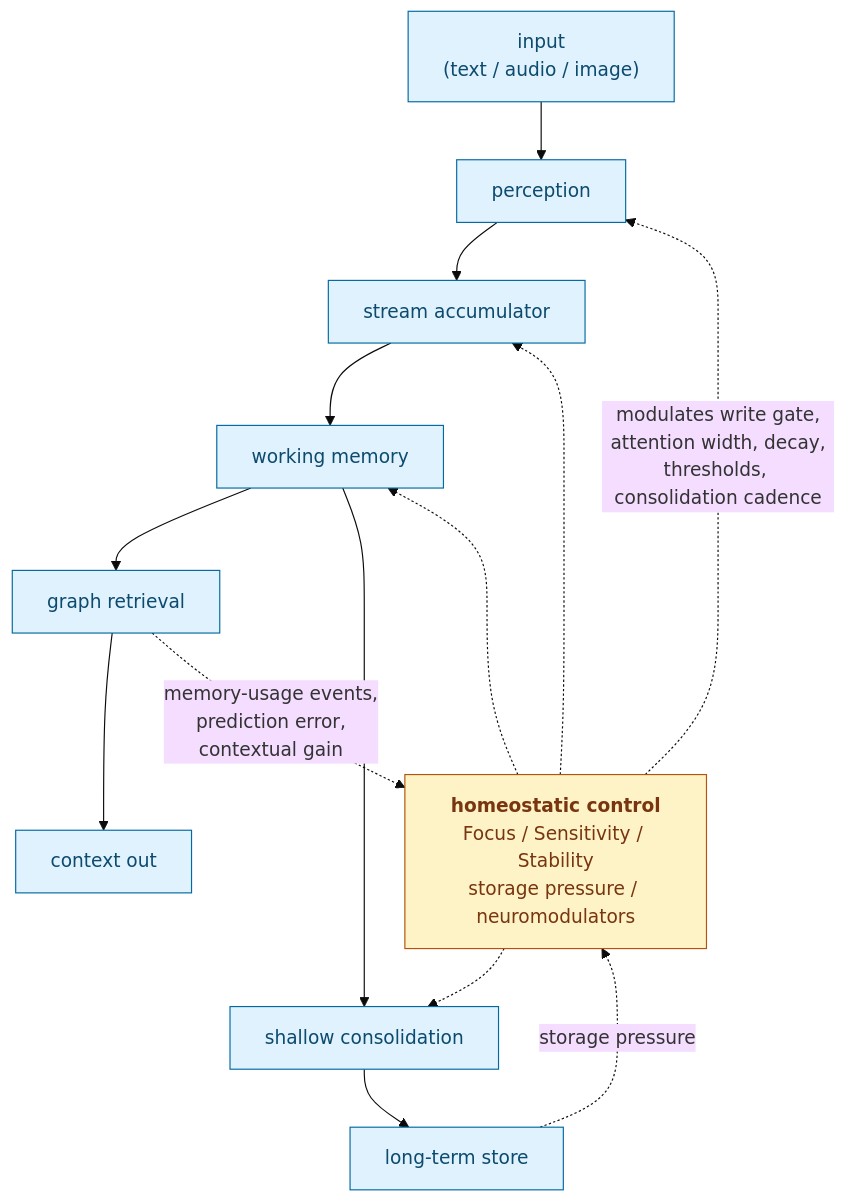
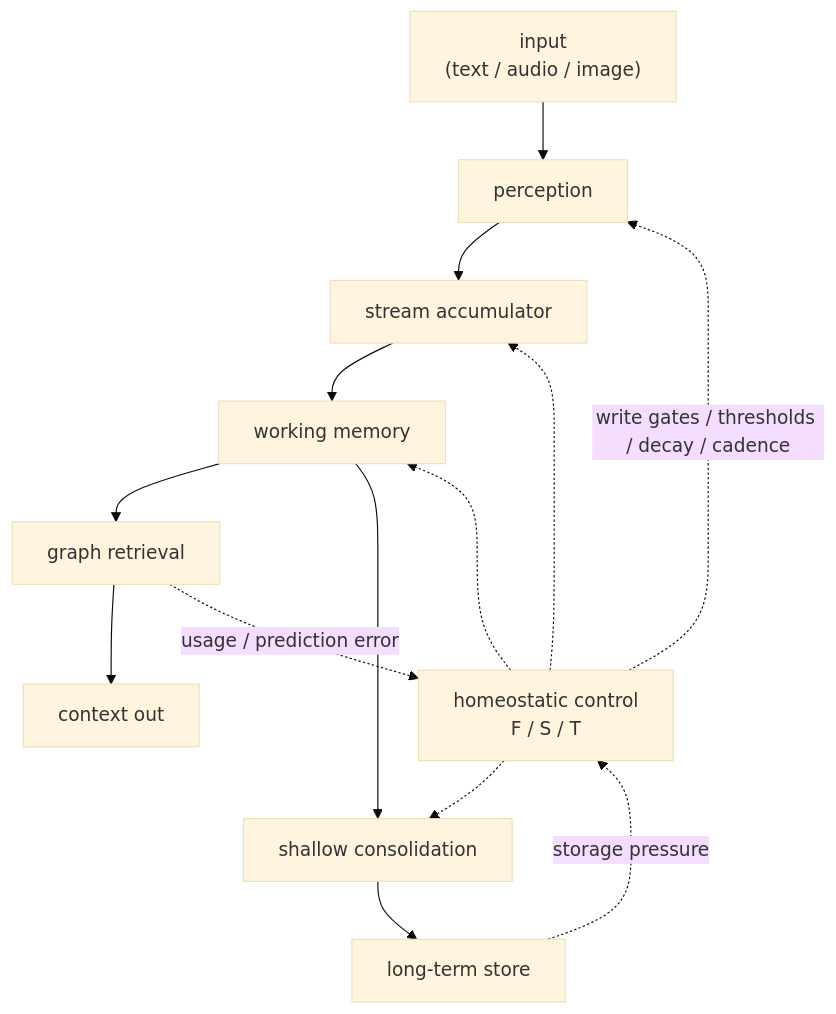
One commit to augmem/cortext.cpp changed the diagram in README.md. Above: the diagram before and after it, drawn with Mermaid (base theme). The commit also changed other lines of this file, not shown here.

````diff
--- a/README.md
+++ b/README.md
@@ -274,25 +197,20 @@
 ```mermaid
 flowchart TD
     input["input<br/>(text / audio / image)"] --> perception[perception]
     perception --> accumulator[stream accumulator]
     accumulator --> wm[working memory]
     wm --> retrieval[graph retrieval]
     retrieval --> ctx[context out]
     wm --> consolidation[shallow consolidation]
     consolidation --> ltm[long-term store]
 
-    retrieval -. memory-usage events,<br/>prediction error,<br/>contextual gain .-> control
+    retrieval -. usage / prediction error .-> control
     ltm -. storage pressure .-> control
 
-    control["<b>homeostatic control</b><br/>Focus / Sensitivity / Stability<br/>storage pressure / neuromodulators"]
+    control["homeostatic control<br/>F / S / T"]
 
-    control -. modulates write gate,<br/>attention width, decay,<br/>thresholds, consolidation cadence .-> perception
+    control -. write gates / thresholds / decay / cadence .-> perception
     control -.-> accumulator
     control -.-> wm
     control -.-> consolidation
-
-    classDef loop fill:#fef3c7,stroke:#b45309,color:#78350f
-    classDef flow fill:#e0f2fe,stroke:#0369a1,color:#0c4a6e
-    class control loop
-    class input,perception,accumulator,wm,retrieval,ctx,consolidation,ltm flow
 ```
````
